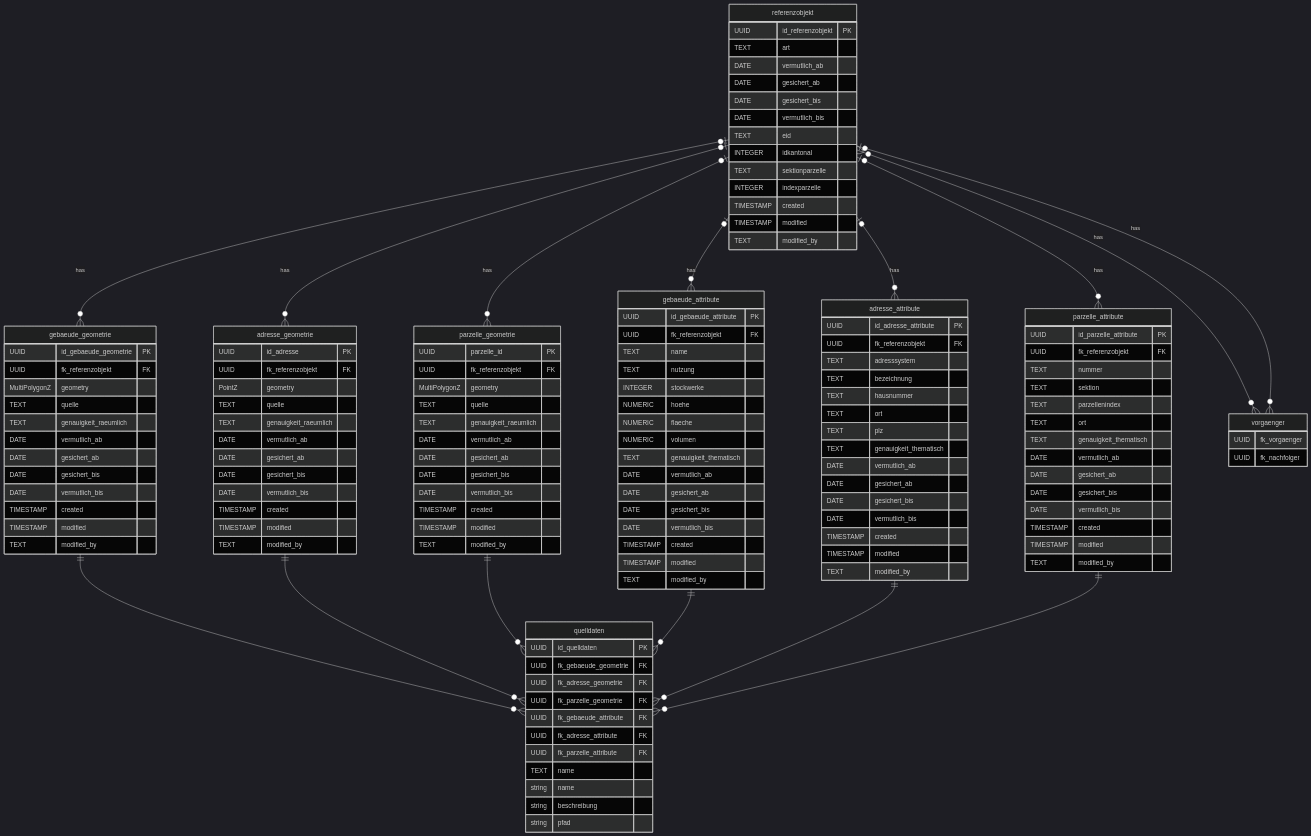
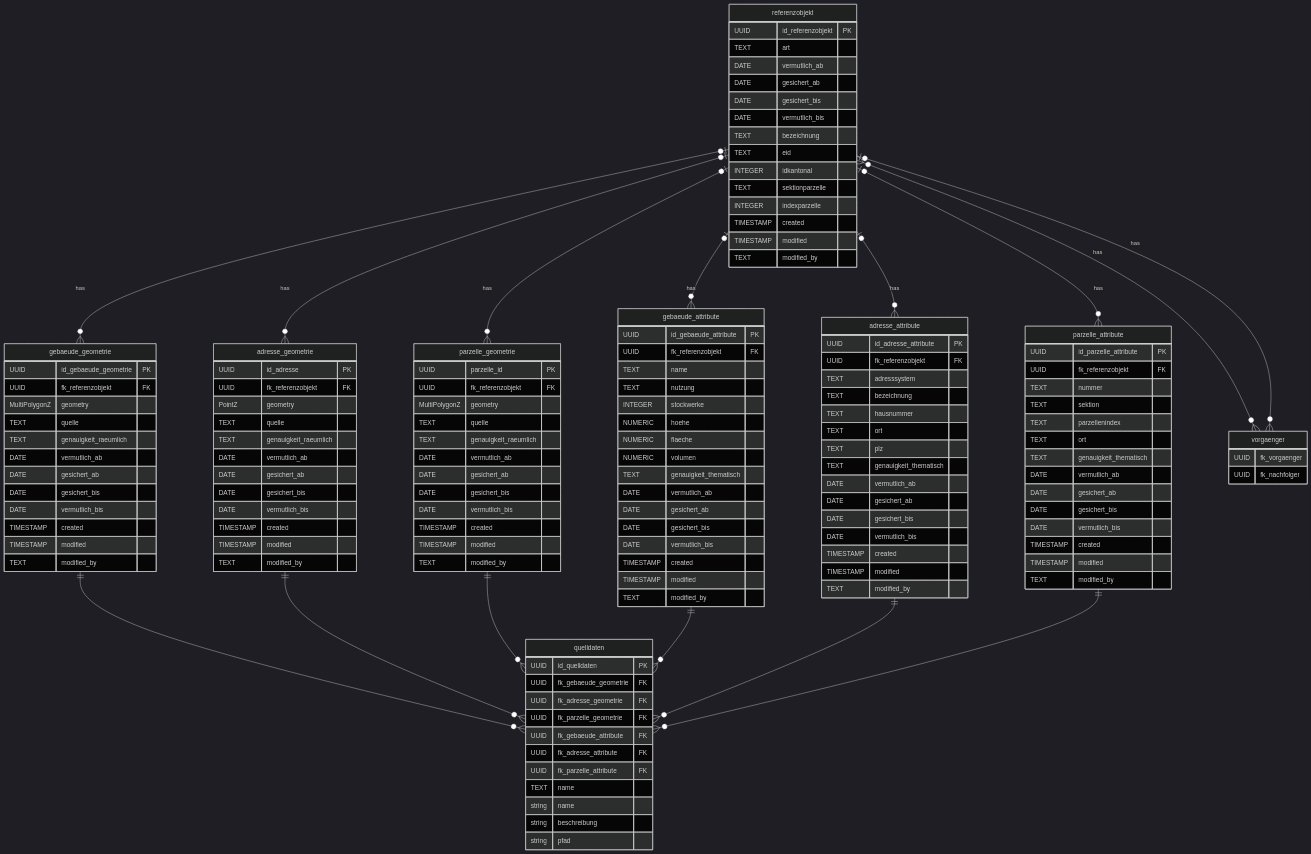
One commit to opengisch/ch.bs.urkataster changed the diagram in database/README.md. Above: the diagram before and after it, drawn with Mermaid (dark theme). The commit also changed 5 other files, not shown here.

Commit message:
stabiles projekt und schema

```diff
--- a/database/README.md
+++ b/database/README.md
@@ -24,6 +24,7 @@
         DATE gesichert_ab
         DATE gesichert_bis
         DATE vermutlich_bis
+        TEXT bezeichnung
         TEXT eid
         INTEGER idkantonal
         TEXT sektionparzelle
```
